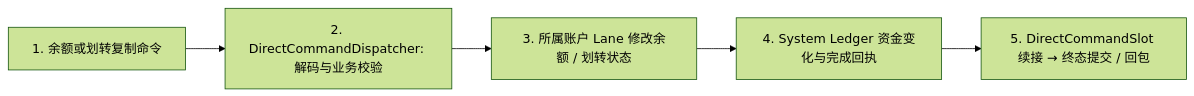
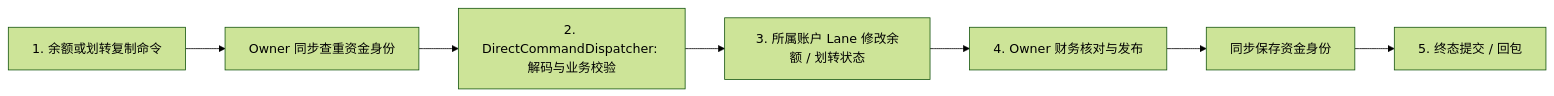
Diagram 11 of 12 in surprising-aeron-core/README.md (lilaizhencn/surprising-ex), drawn with Mermaid (forest theme) before and after one commit. The commit also changed other lines of this file and 28 other files, not shown here.

````diff
--- a/surprising-aeron-core/README.md
+++ b/surprising-aeron-core/README.md
@@ -355,7 +357,9 @@
 ```mermaid
 flowchart LR
-    A[1. 余额或划转复制命令] --> B[2. DirectCommandDispatcher: 解码与业务校验]
+    A[1. 余额或划转复制命令] --> I[Owner 同步查重资金身份]
+    I --> B[2. DirectCommandDispatcher: 解码与业务校验]
     B --> C[3. 所属账户 Lane 修改余额 / 划转状态]
-    C --> D[4. System Ledger 资金变化与完成回执]
-    D --> E[5. DirectCommandSlot 续接 → 终态提交 / 回包]
+    C --> D[4. Owner 财务核对与发布]
+    D --> F[同步保存资金身份]
+    F --> E[5. 终态提交 / 回包]
 ```
````
